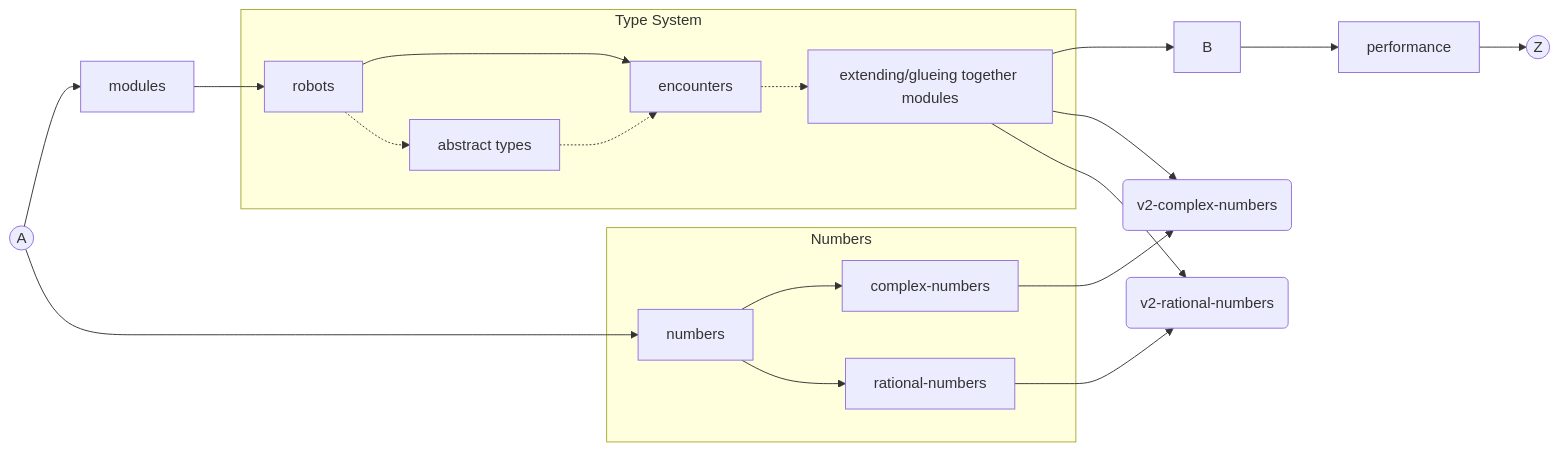
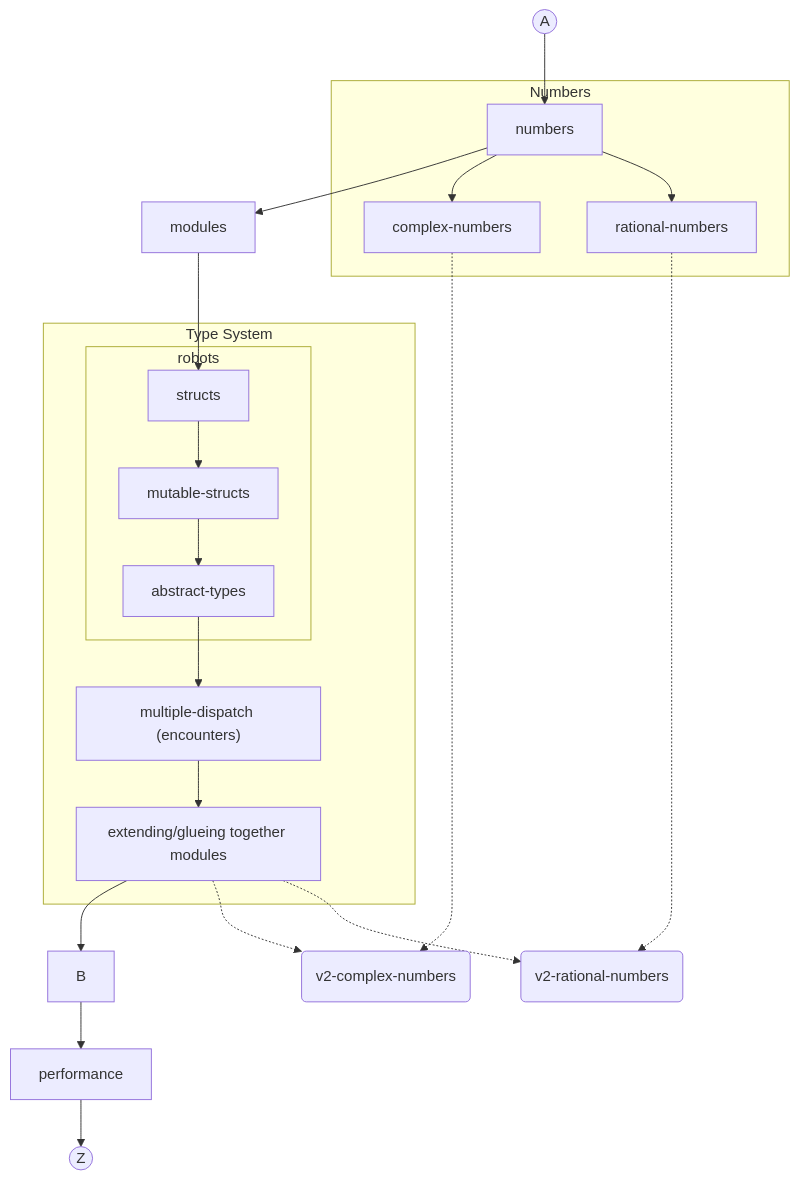
One commit to neiesc/v3 changed the diagram in languages/julia/reference/progression.md. Above: the diagram before and after it, drawn with Mermaid. The commit also changed other lines of this file, not shown here.

Commit message:
redo robots

````diff
--- a/languages/julia/reference/progression.md
+++ b/languages/julia/reference/progression.md
@@ -5,27 +5,30 @@
 ```mermaid
-graph LR
+graph TD
 
-A((A)) --> modules
+A((A)) --> numbers
 
-modules --> robots
+numbers --> modules
+
+modules --> structs
 subgraph Type System
-	robots --> encounters
-	robots -.-> abstract-types
-	abstract-types[abstract types] -.-> encounters
-	encounters -.-> extension[extending/glueing together modules]
+	subgraph robots
+		structs --> mutable-structs
+		mutable-structs --> abstract-types
+	end
+	abstract-types --> multiple-dispatch
+	multiple-dispatch["multiple-dispatch (encounters)"] --> extension[extending/glueing together modules]
 end
 extension --> B
 B --> performance
 performance --> Z((Z))
 
-A((A)) --> numbers
 subgraph Numbers
 	numbers --> complex-numbers
 	numbers --> rational-numbers
 end
 
-complex-numbers --> v2-complex-numbers(v2-complex-numbers)
-rational-numbers --> v2-rational-numbers(v2-rational-numbers)
-extension --> v2-complex-numbers
-extension --> v2-rational-numbers
+complex-numbers -.-> v2-complex-numbers(v2-complex-numbers)
+rational-numbers -.-> v2-rational-numbers(v2-rational-numbers)
+extension -.-> v2-complex-numbers
+extension -.-> v2-rational-numbers
 ```
````
